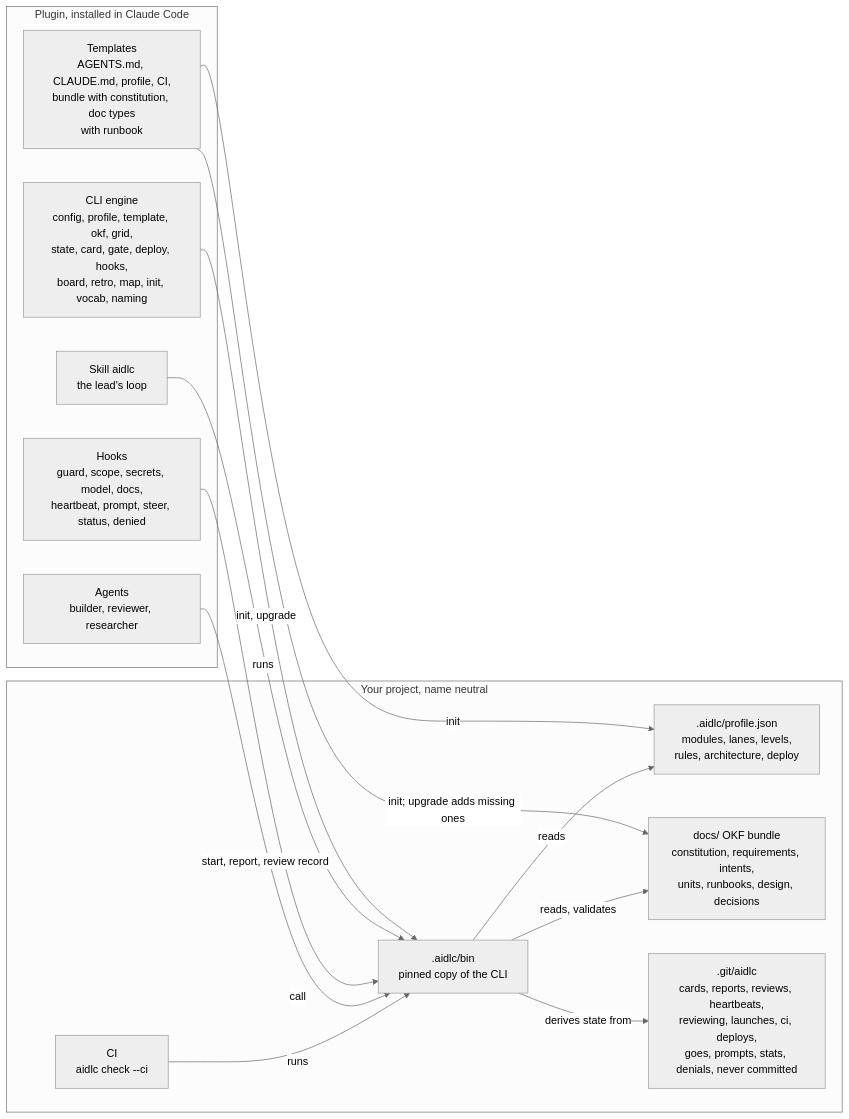
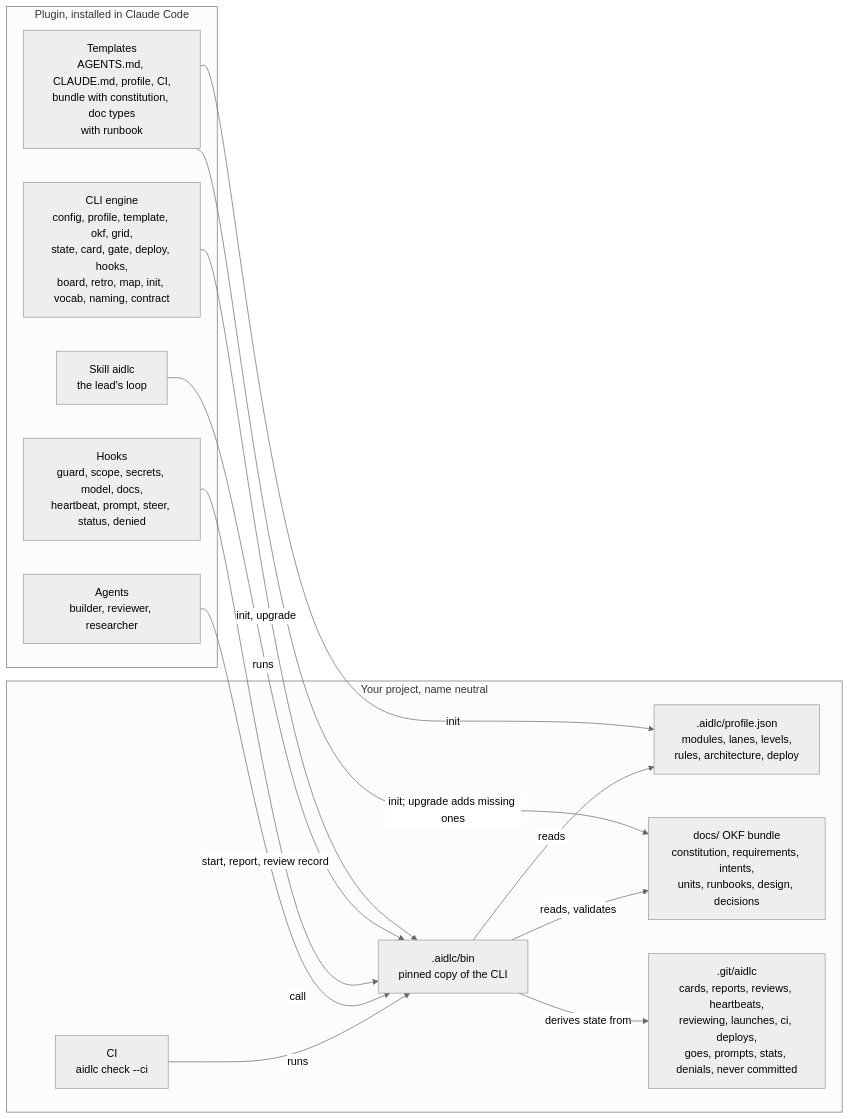
Before and after one commit to Scrollout/aidlc-team-plugin: the second of 2 diagrams in README.md, drawn with Mermaid (neutral theme). The commit also changed 13 other files, not shown here.

````diff
--- a/README.md
+++ b/README.md
@@ -77,29 +77,29 @@
 ```mermaid
 flowchart LR
   subgraph plugin["Plugin, installed in Claude Code"]
     skill["Skill aidlc<br/>the lead's loop"]
     agents["Agents<br/>builder, reviewer, researcher"]
     hooks["Hooks<br/>guard, scope, secrets, model, docs,<br/>heartbeat, prompt, steer, status, denied"]
-    cli["CLI engine<br/>config, profile, template, okf, grid,<br/>state, card, gate, deploy, hooks,<br/>board, retro, map, init, vocab, naming"]
+    cli["CLI engine<br/>config, profile, template, okf, grid,<br/>state, card, gate, deploy, hooks,<br/>board, retro, map, init, vocab, naming, contract"]
     templates["Templates<br/>AGENTS.md, CLAUDE.md, profile, CI,<br/>bundle with constitution, doc types<br/>with runbook"]
   end
 
   subgraph project["Your project, name neutral"]
     profile[".aidlc/profile.json<br/>modules, lanes, levels,<br/>rules, architecture, deploy"]
     bin[".aidlc/bin<br/>pinned copy of the CLI"]
     docs["docs/ OKF bundle<br/>constitution, requirements, intents,<br/>units, runbooks, design, decisions"]
     runtime[".git/aidlc<br/>cards, reports, reviews, heartbeats,<br/>reviewing, launches, ci, deploys,<br/>goes, prompts, stats, denials, never committed"]
     ci["CI<br/>aidlc check --ci"]
   end
 
   templates -- "init" --> profile
   templates -- "init; upgrade adds missing ones" --> docs
   cli -- "init, upgrade" --> bin
   skill -- "runs" --> bin
   hooks -- "call" --> bin
   agents -- "start, report, review record" --> bin
   ci -- "runs" --> bin
   bin -- "reads, validates" --> docs
   bin -- "reads" --> profile
   bin -- "derives state from" --> runtime
 ```
````
